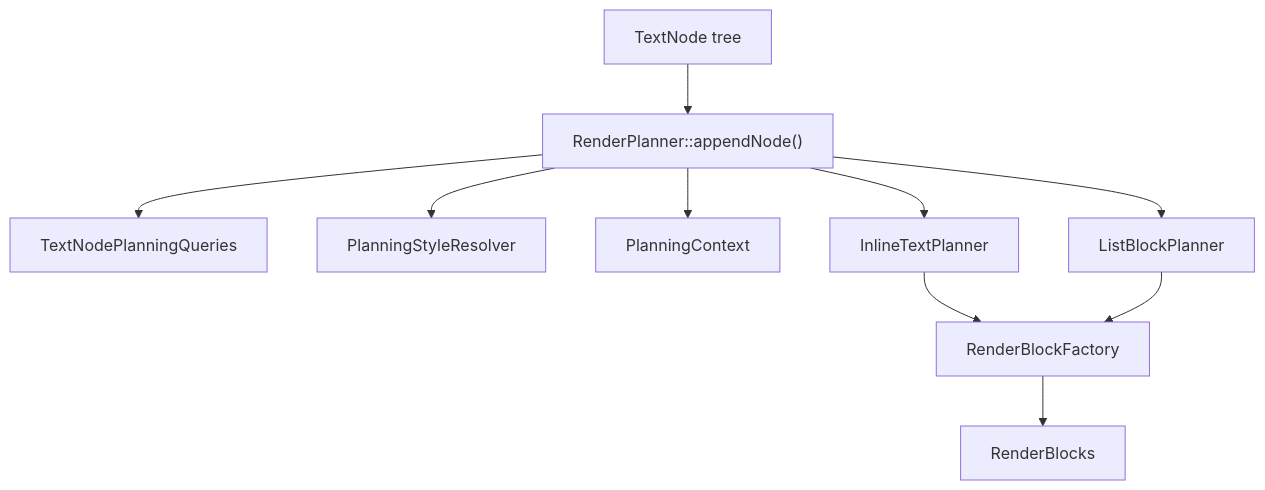
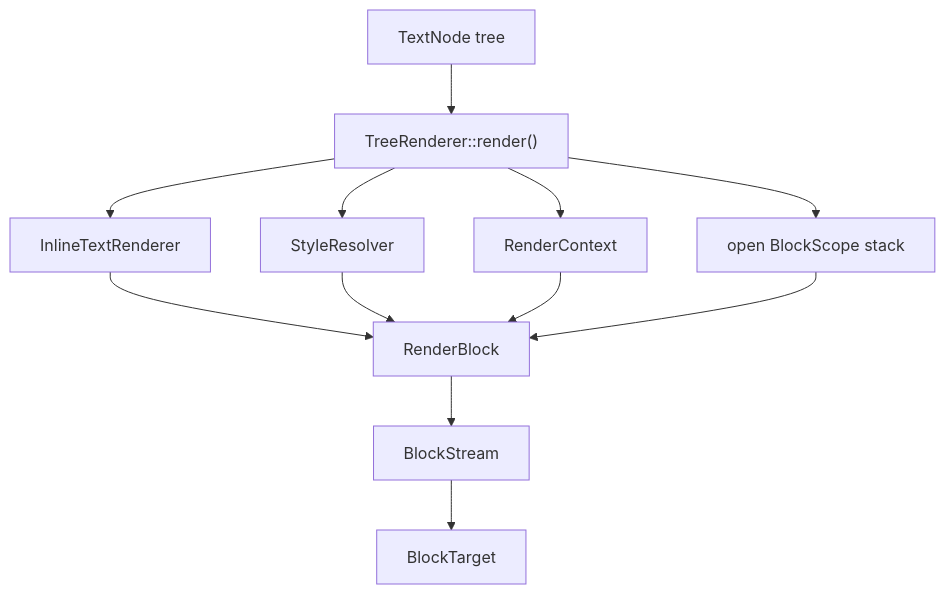
One commit to erbsland-dev/erbsland-cpp-color-term changed the second of 2 diagrams in doc/chapters/implementation/text-node-renderer.rst. Above: the diagram before and after it, drawn with Mermaid. The commit also changed other lines of this file and 760 other files, not shown here.

```diff
--- a/doc/chapters/implementation/text-node-renderer.rst
+++ b/doc/chapters/implementation/text-node-renderer.rst
@@ -124,12 +120,14 @@
 .. mermaid::
 
     flowchart TD
-        nodeTree["TextNode tree"] --> dispatch["RenderPlanner::appendNode()"]
-        dispatch --> queries["TextNodePlanningQueries"]
-        dispatch --> resolver["PlanningStyleResolver"]
-        dispatch --> context["PlanningContext"]
-        dispatch --> inline["InlineTextPlanner"]
-        dispatch --> listPlanner["ListBlockPlanner"]
-        inline --> factory["RenderBlockFactory"]
-        listPlanner --> factory
-        factory --> blocks["RenderBlocks"]
+        nodeTree["TextNode tree"] --> tree["TreeRenderer::render()"]
+        tree --> resolver["StyleResolver"]
+        tree --> inline["InlineTextRenderer"]
+        tree --> context["RenderContext"]
+        tree --> scopes["open BlockScope stack"]
+        inline --> block["RenderBlock"]
+        resolver --> block
+        context --> block
+        scopes --> block
+        block --> stream["BlockStream"]
+        stream --> target["BlockTarget"]
```
